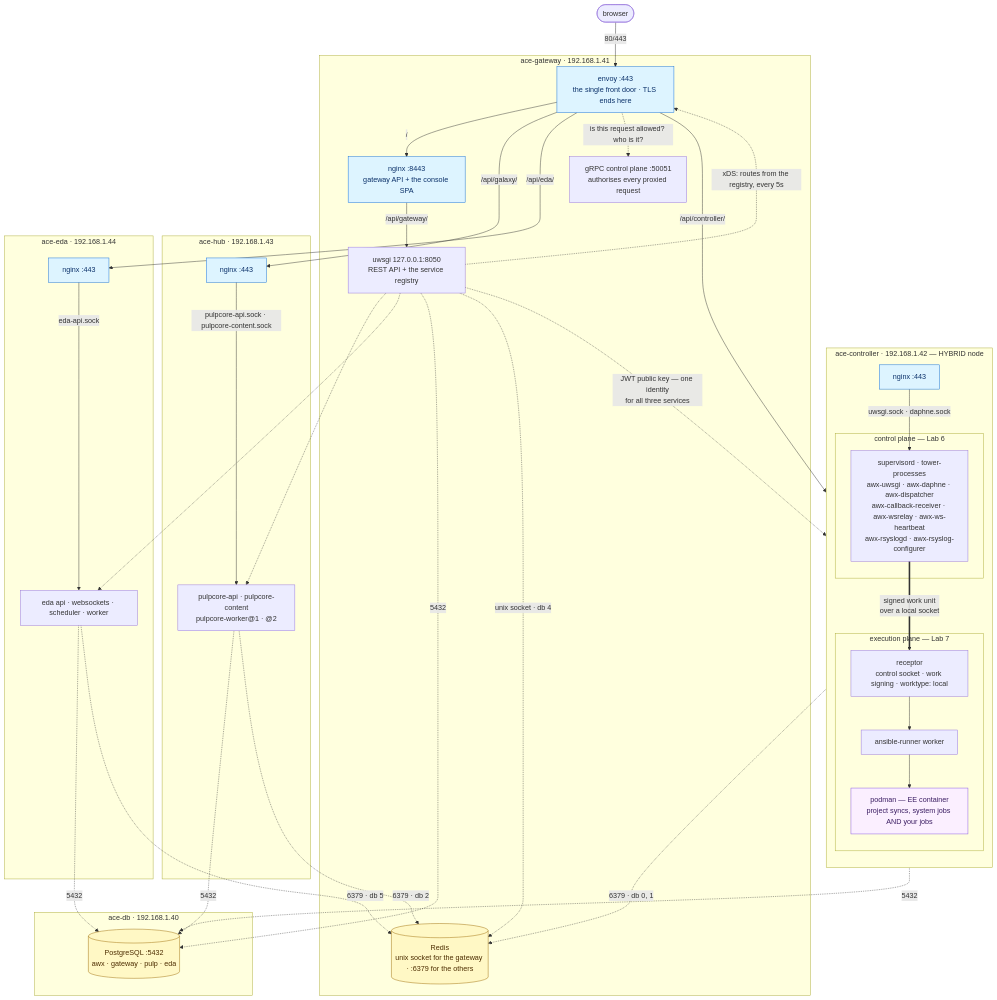
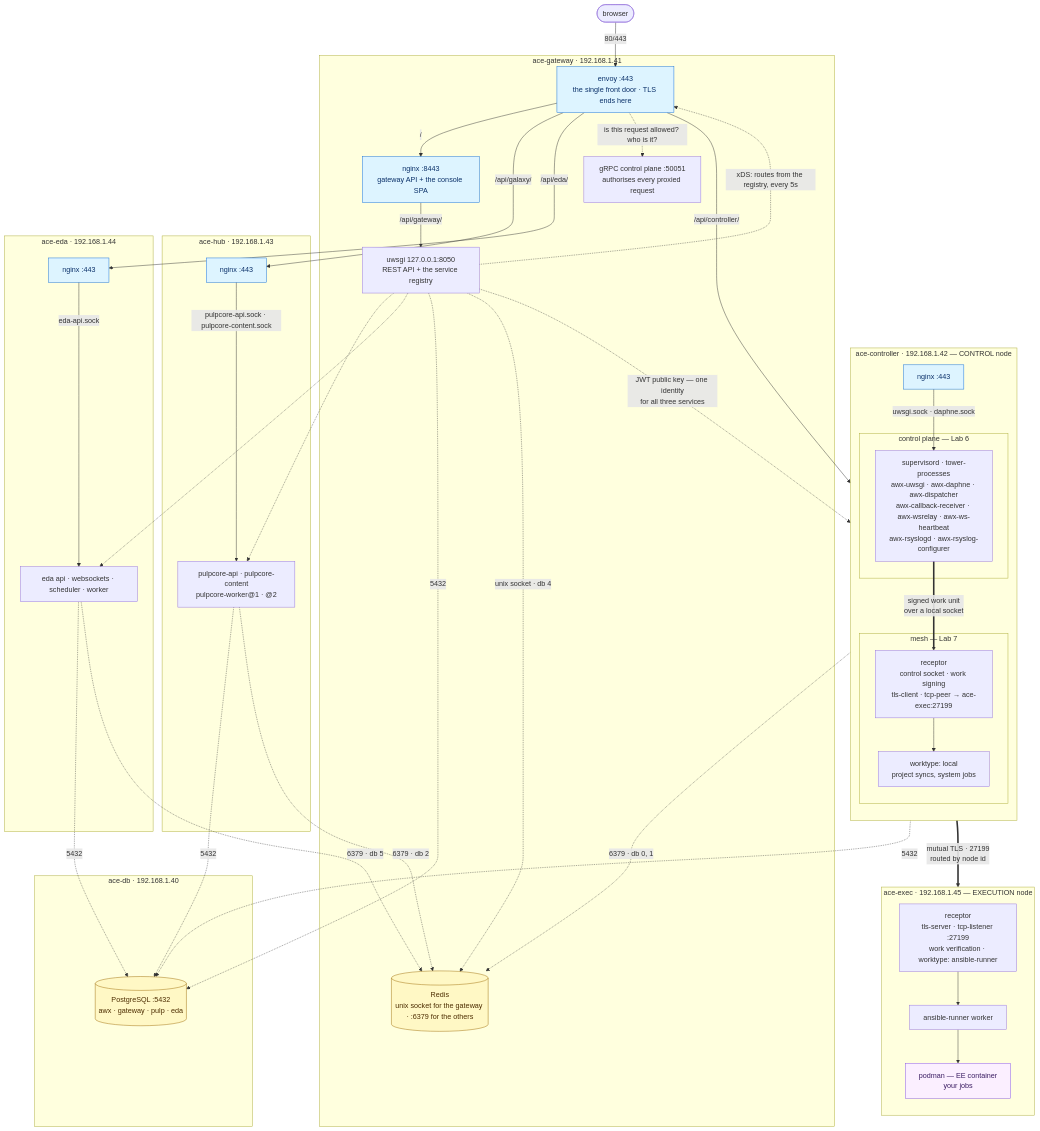
The diagram in README.md (sammonsjl/ace-the-hard-way), drawn with Mermaid before and after one commit. The commit also changed other lines of this file and 3 other files, not shown here.

First line of the commit message:
Lab 7: a real two-node receptor mesh

```diff
--- a/README.md
+++ b/README.md
@@ -46,7 +46,7 @@
         redis[("Redis<br/>unix socket for the gateway · :6379 for the others")]
     end
 
-    subgraph CTL["ace-controller · 192.168.1.42 — HYBRID node"]
+    subgraph CTL["ace-controller · 192.168.1.42 — CONTROL node"]
         direction TB
         ctlnginx["nginx :443"]
 
@@ -54,11 +54,17 @@
             ctlsup["supervisord · tower-processes<br/>awx-uwsgi · awx-daphne · awx-dispatcher<br/>awx-callback-receiver · awx-wsrelay · awx-ws-heartbeat<br/>awx-rsyslogd · awx-rsyslog-configurer"]
         end
 
-        subgraph EXEC["execution plane — Lab 7"]
-            rcontrol["receptor<br/>control socket · work signing · worktype: local"]
-            runner["ansible-runner worker"]
-            podmanc["podman — EE container<br/>project syncs, system jobs AND your jobs"]
+        subgraph CMESH["mesh — Lab 7"]
+            rcontrol["receptor<br/>control socket · work signing<br/>tls-client · tcp-peer → ace-exec:27199"]
+            clocal["worktype: local<br/>project syncs, system jobs"]
         end
+    end
+
+    subgraph EXECN["ace-exec · 192.168.1.45 — EXECUTION node"]
+        direction TB
+        rexec["receptor<br/>tls-server · tcp-listener :27199<br/>work verification · worktype: ansible-runner"]
+        runner["ansible-runner worker"]
+        podmanc["podman — EE container<br/>your jobs"]
     end
 
     subgraph HUB["ace-hub · 192.168.1.43"]
@@ -102,7 +108,9 @@
     edaproc -.->|"6379 · db 5"| redis
 
     ctlsup ==>|"signed work unit<br/>over a local socket"| rcontrol
-    rcontrol --> runner
+    rcontrol ==>|"mutual TLS · 27199<br/>routed by node id"| rexec
+    rcontrol --> clocal
+    rexec --> runner
     runner --> podmanc
 
     classDef front fill:#ddf4ff,stroke:#0969da,color:#0a3069
```
